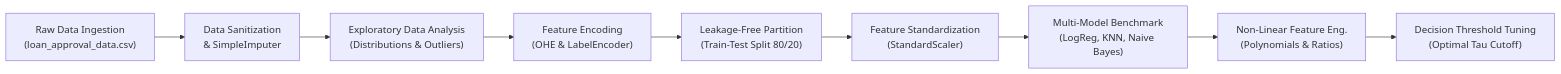
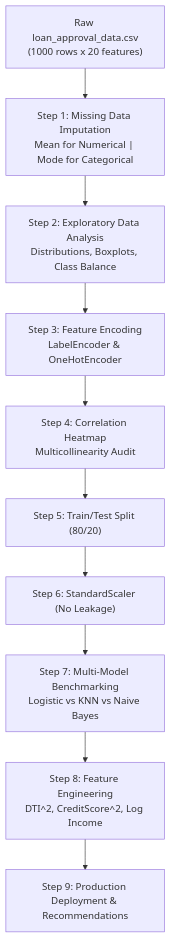
One commit to S1h2i3v4a/AI_ML changed the diagram in lecture_27/Notes_27.02/README.md. Above: the diagram before and after it, drawn with Mermaid. The commit also changed other lines of this file and 147 other files, not shown here.

Commit message:
docs(lectures 25-27): align notes with video lectures, add blackboard diagrams, clean structured functions, and compile vector PDFs

````diff
--- a/lecture_27/Notes_27.02/README.md
+++ b/lecture_27/Notes_27.02/README.md
@@ -14,11 +10,12 @@
 ```mermaid
-flowchart LR
-    A["Raw Data Ingestion<br/>(loan_approval_data.csv)"] --> B["Data Sanitization<br/>& SimpleImputer"]
-    B --> C["Exploratory Data Analysis<br/>(Distributions & Outliers)"]
-    C --> D["Feature Encoding<br/>(OHE & LabelEncoder)"]
-    D --> E["Leakage-Free Partition<br/>(Train-Test Split 80/20)"]
-    E --> F["Feature Standardization<br/>(StandardScaler)"]
-    F --> G["Multi-Model Benchmark<br/>(LogReg, KNN, Naive Bayes)"]
-    G --> H["Non-Linear Feature Eng.<br/>(Polynomials & Ratios)"]
-    H --> I["Decision Threshold Tuning<br/>(Optimal Tau Cutoff)"]
+flowchart TD
+    Raw["Raw loan_approval_data.csv<br/>(1000 rows x 20 features)"] --> Missing["Step 1: Missing Data Imputation<br/>Mean for Numerical | Mode for Categorical"]
+    Missing --> EDA["Step 2: Exploratory Data Analysis<br/>Distributions, Boxplots, Class Balance"]
+    EDA --> Encode["Step 3: Feature Encoding<br/>LabelEncoder & OneHotEncoder"]
+    Encode --> Corr["Step 4: Correlation Heatmap<br/>Multicollinearity Audit"]
+    Corr --> Split["Step 5: Train/Test Split (80/20)"]
+    Split --> Scale["Step 6: StandardScaler (No Leakage)"]
+    Scale --> Models["Step 7: Multi-Model Benchmarking<br/>Logistic vs KNN vs Naive Bayes"]
+    Models --> FeatEng["Step 8: Feature Engineering<br/>DTI^2, CreditScore^2, Log Income"]
+    FeatEng --> Deploy["Step 9: Production Deployment & Recommendations"]
 ```
````
